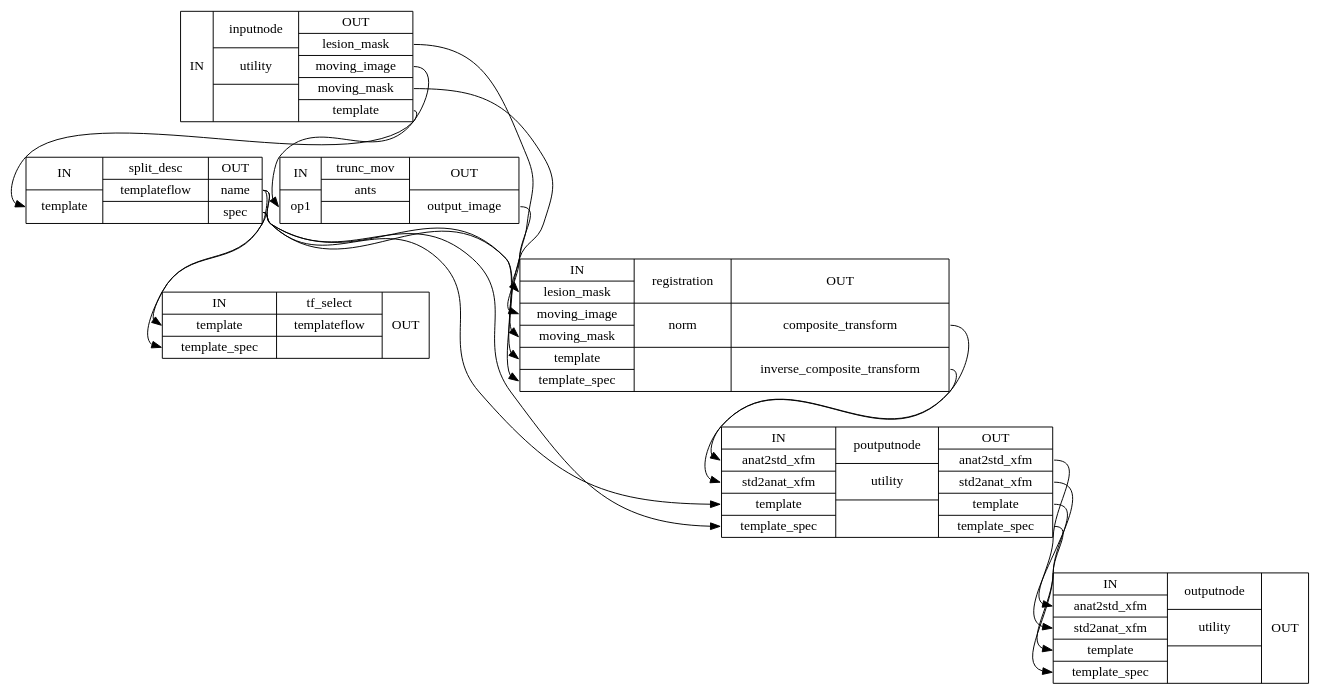
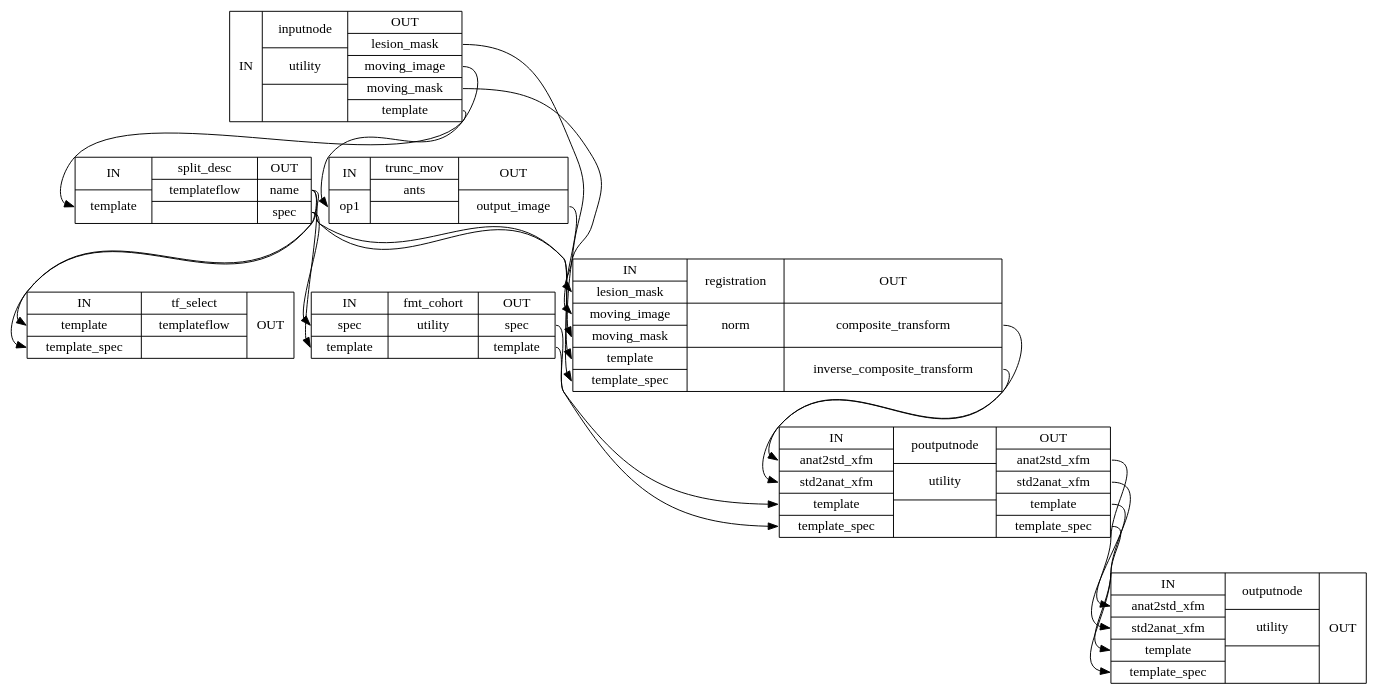
The diagram in master/wf_directive/api/register_template_wf/smriprep-workflows-fit-registration-1_detailed.dot (laviniawuensch/smriprep), drawn with Graphviz before and after one commit. The commit also changed 4869 other files, not shown here.

```diff
--- a/master/wf_directive/api/register_template_wf/smriprep-workflows-fit-registration-1_detailed.dot
+++ b/master/wf_directive/api/register_template_wf/smriprep-workflows-fit-registration-1_detailed.dot
@@ -1,27 +1,30 @@
 digraph structs {
 node [shape=record];
 register_template_wfinputnode [label="{IN}|{ inputnode | utility |  }|{OUT|<outlesionmask> lesion_mask|<outmovingimage> moving_image|<outmovingmask> moving_mask|<outtemplate> template}"];
 register_template_wfsplit_desc [label="{IN|<intemplate> template}|{ split_desc | templateflow |  }|{OUT|<outname> name|<outspec> spec}"];
 register_template_wftrunc_mov [label="{IN|<inop1> op1}|{ trunc_mov | ants |  }|{OUT|<outoutputimage> output_image}"];
 register_template_wftf_select [label="{IN|<intemplate> template|<intemplatespec> template_spec}|{ tf_select | templateflow |  }|{OUT}"];
+register_template_wffmt_cohort [label="{IN|<inspec> spec|<intemplate> template}|{ fmt_cohort | utility |  }|{OUT|<outspec> spec|<outtemplate> template}"];
 register_template_wfregistration [label="{IN|<inlesionmask> lesion_mask|<inmovingimage> moving_image|<inmovingmask> moving_mask|<intemplate> template|<intemplatespec> template_spec}|{ registration | norm |  }|{OUT|<outcompositetransform> composite_transform|<outinversecompositetransform> inverse_composite_transform}"];
 register_template_wfpoutputnode [label="{IN|<inanat2stdxfm> anat2std_xfm|<instd2anatxfm> std2anat_xfm|<intemplate> template|<intemplatespec> template_spec}|{ poutputnode | utility |  }|{OUT|<outanat2stdxfm> anat2std_xfm|<outstd2anatxfm> std2anat_xfm|<outtemplate> template|<outtemplatespec> template_spec}"];
 register_template_wfoutputnode [label="{IN|<inanat2stdxfm> anat2std_xfm|<instd2anatxfm> std2anat_xfm|<intemplate> template|<intemplatespec> template_spec}|{ outputnode | utility |  }|{OUT}"];
+register_template_wffmt_cohort:outspec:e -> register_template_wfpoutputnode:intemplatespec:w;
+register_template_wffmt_cohort:outtemplate:e -> register_template_wfpoutputnode:intemplate:w;
 register_template_wfinputnode:outlesionmask:e -> register_template_wfregistration:inlesionmask:w;
 register_template_wfinputnode:outmovingimage:e -> register_template_wftrunc_mov:inop1:w;
 register_template_wfinputnode:outmovingmask:e -> register_template_wfregistration:inmovingmask:w;
 register_template_wfinputnode:outtemplate:e -> register_template_wfsplit_desc:intemplate:w;
 register_template_wfpoutputnode:outanat2stdxfm:e -> register_template_wfoutputnode:inanat2stdxfm:w;
 register_template_wfpoutputnode:outstd2anatxfm:e -> register_template_wfoutputnode:instd2anatxfm:w;
 register_template_wfpoutputnode:outtemplate:e -> register_template_wfoutputnode:intemplate:w;
 register_template_wfpoutputnode:outtemplatespec:e -> register_template_wfoutputnode:intemplatespec:w;
 register_template_wfregistration:outcompositetransform:e -> register_template_wfpoutputnode:inanat2stdxfm:w;
 register_template_wfregistration:outinversecompositetransform:e -> register_template_wfpoutputnode:instd2anatxfm:w;
-register_template_wfsplit_desc:outname:e -> register_template_wfpoutputnode:intemplate:w;
+register_template_wfsplit_desc:outname:e -> register_template_wffmt_cohort:intemplate:w;
 register_template_wfsplit_desc:outname:e -> register_template_wfregistration:intemplate:w;
 register_template_wfsplit_desc:outname:e -> register_template_wftf_select:intemplate:w;
-register_template_wfsplit_desc:outspec:e -> register_template_wfpoutputnode:intemplatespec:w;
+register_template_wfsplit_desc:outspec:e -> register_template_wffmt_cohort:inspec:w;
 register_template_wfsplit_desc:outspec:e -> register_template_wfregistration:intemplatespec:w;
 register_template_wfsplit_desc:outspec:e -> register_template_wftf_select:intemplatespec:w;
 register_template_wftrunc_mov:outoutputimage:e -> register_template_wfregistration:inmovingimage:w;
 }
```
